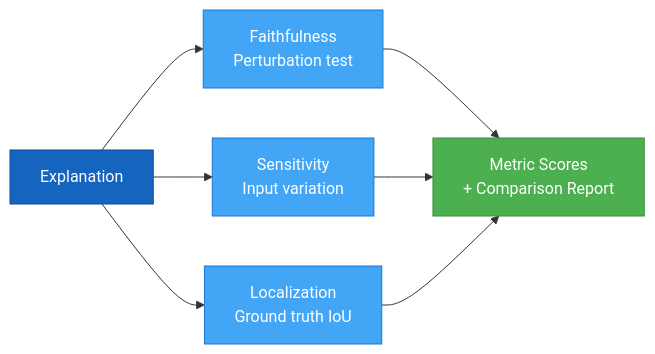
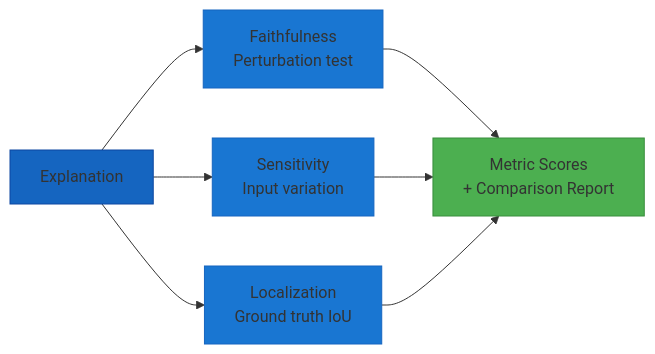
Before and after one commit to theja-vanka/AutoTimm: the third of 3 diagrams in docs/user-guide/interpretation/index.md, drawn with Mermaid. The commit also changed other lines of this file and 37 other files, not shown here.

````diff
--- a/docs/user-guide/interpretation/index.md
+++ b/docs/user-guide/interpretation/index.md
@@ -47,15 +47,15 @@
 ```mermaid
 graph LR
     A[Explanation] --> B1[Faithfulness<br/>Perturbation test]
     A --> B2[Sensitivity<br/>Input variation]
     A --> B3[Localization<br/>Ground truth IoU]
     B1 --> C[Metric Scores<br/>+ Comparison Report]
     B2 --> C
     B3 --> C
 
-    style A fill:#1565C0,stroke:#0D47A1,color:#fff
-    style B1 fill:#42A5F5,stroke:#1976D2,color:#fff
-    style B2 fill:#42A5F5,stroke:#1976D2,color:#fff
-    style B3 fill:#42A5F5,stroke:#1976D2,color:#fff
-    style C fill:#4CAF50,stroke:#388E3C,color:#fff
+    style A fill:#1565C0,stroke:#0D47A1
+    style B1 fill:#1976D2,stroke:#1565C0
+    style B2 fill:#1976D2,stroke:#1565C0
+    style B3 fill:#1976D2,stroke:#1565C0
+    style C fill:#4CAF50,stroke:#388E3C
 ```
````
